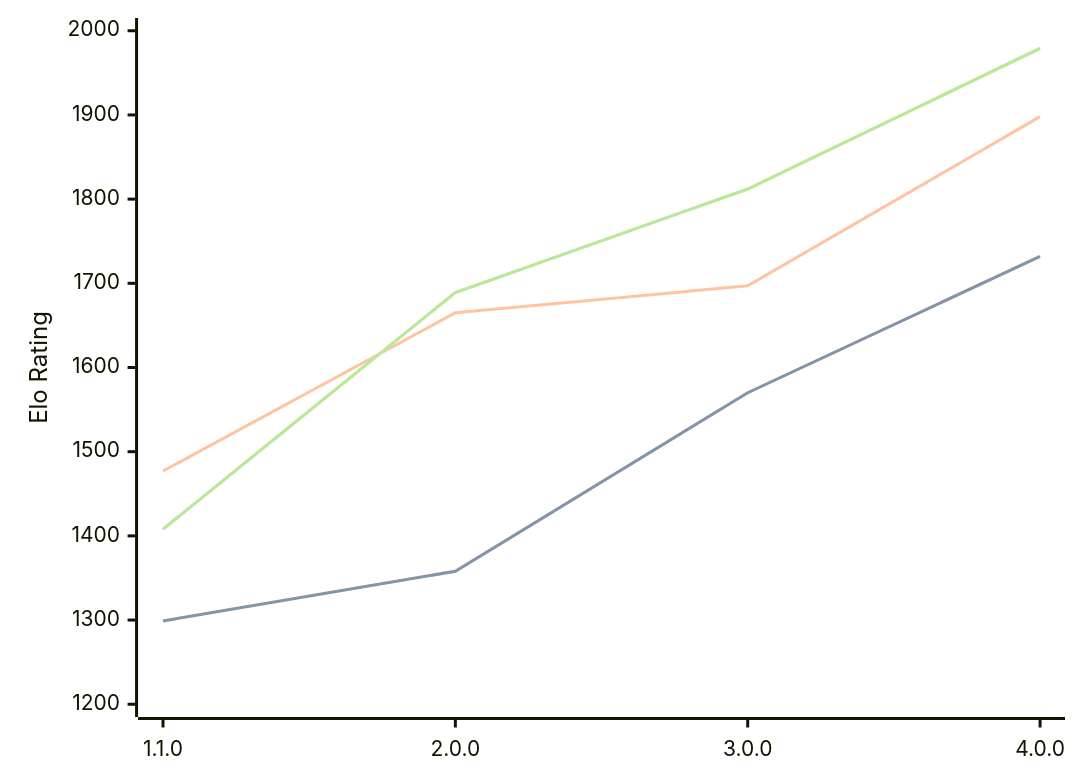
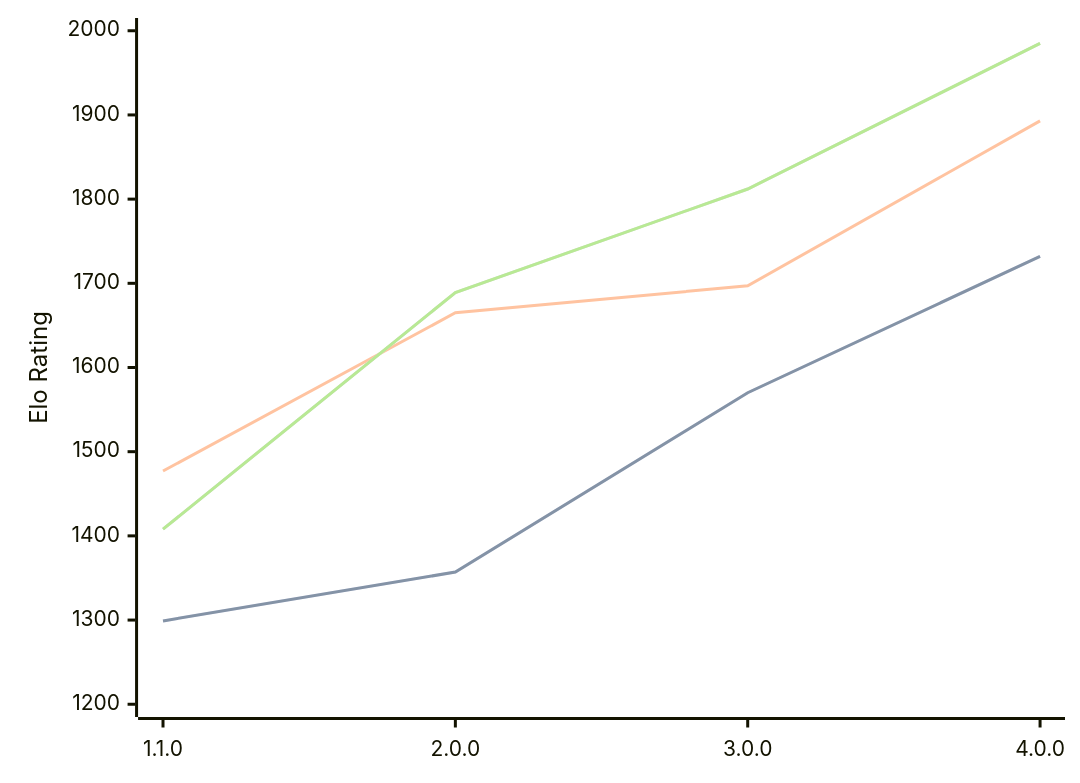
Before and after one commit to computer-chess-index/cci: the diagram in engines/Laura.md, drawn with Mermaid. The commit also changed other lines of this file, not shown here.

Commit message:
Update CCI Ratings (ELO VLTC) - 2026-09-11

````diff
--- a/engines/Laura.md
+++ b/engines/Laura.md
@@ -34,11 +34,11 @@
 ```mermaid
 %%{init: {"theme":"base","themeVariables":{"seriesColors:['#a3a3a3','#222221','#faa371']}}}%%
 xychart-beta
   x-axis ["1.1.0", "2.0.0", "3.0.0", "4.0.0"]
   y-axis "Elo Rating" 1200 --> 2000
-  line "" [1299, 1358, 1570, 1732]
-  line "STC (8.0+0.08s)" [1299, 1358, 1570, 1732]
-  line "LTC (60.0+0.60s)" [1477, 1665, 1697, 1898]
-  line "" [1408, 1689, 1812, 1979]
-  line "VLTC (2m24s+1.12s)" [1408, 1689, 1812, 1979]
+  line "" [1299, 1357, 1570, 1732]
+  line "STC (8.0+0.08s)" [1299, 1357, 1570, 1732]
+  line "LTC (60.0+0.60s)" [1477, 1665, 1697, 1893]
+  line "" [1408, 1689, 1812, 1985]
+  line "VLTC (2m24s+1.12s)" [1408, 1689, 1812, 1985]
 ```
````
